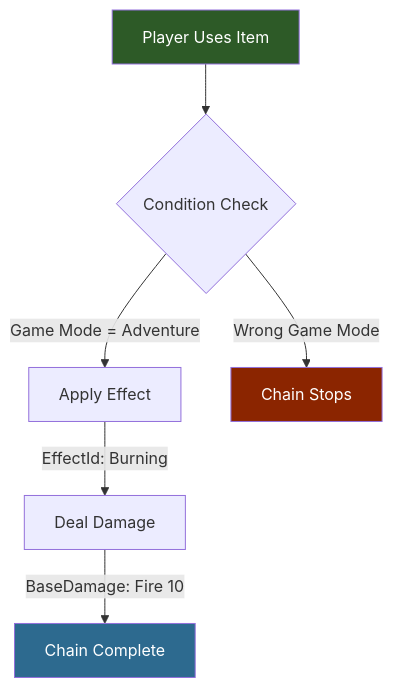
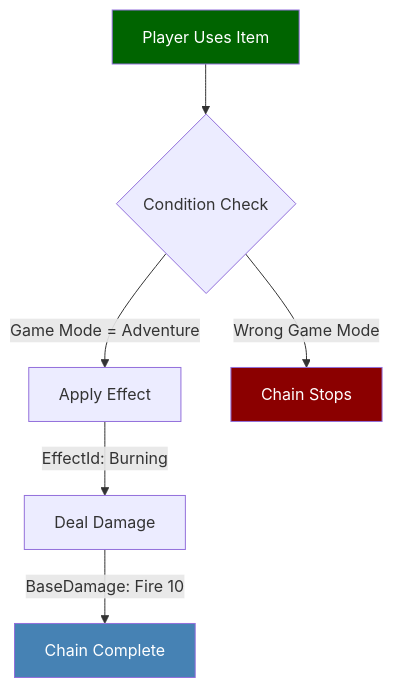
One commit to nevesb/hytale-modding-docs changed the first of 3 diagrams in src/content/docs/es/reference/concepts/interaction-chaining.md. Above: the diagram before and after it, drawn with Mermaid. The commit also changed other lines of this file and 34 other files, not shown here.

````diff
--- a/src/content/docs/es/reference/concepts/interaction-chaining.md
+++ b/src/content/docs/es/reference/concepts/interaction-chaining.md
@@ -12,12 +12,12 @@
 ```mermaid
-flowchart TD
+flowchart TD;
     A[Player Uses Item] --> B{Condition Check}
     B -->|"Game Mode = Adventure"| C[Apply Effect]
     B -->|"Wrong Game Mode"| X[Chain Stops]
     C -->|"EffectId: Burning"| D[Deal Damage]
     D -->|"BaseDamage: Fire 10"| E[Chain Complete]
 
-    style A fill:#2d5a27,color:#fff
-    style X fill:#8b2500,color:#fff
-    style E fill:#2d6a8f,color:#fff
+    style A fill:darkgreen,color:white
+    style X fill:darkred,color:white
+    style E fill:steelblue,color:white
 ```
````
